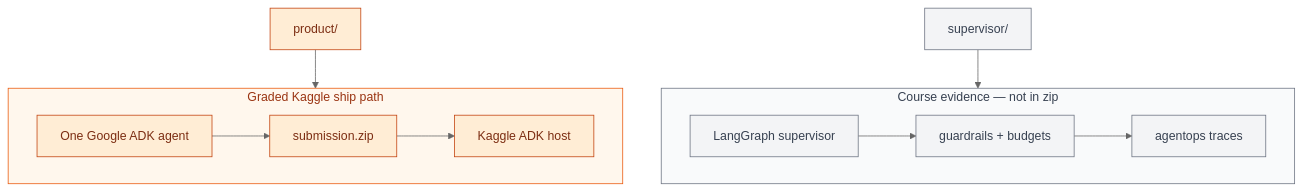
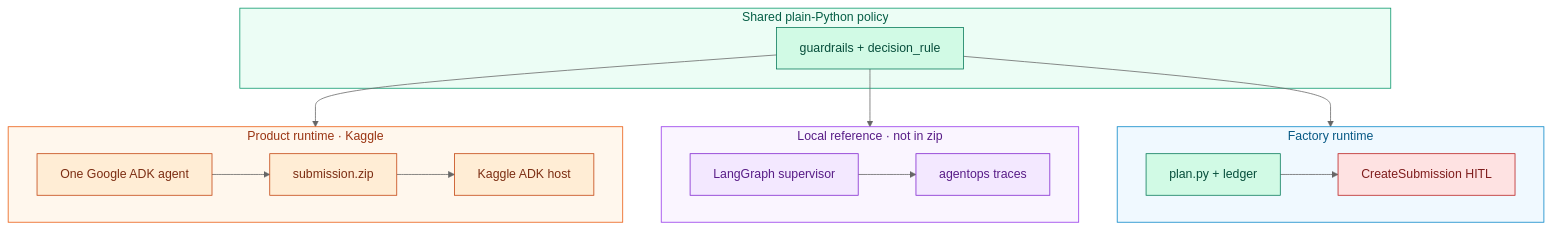
The first of 2 diagrams in docs/wiki/Requirements-Compliance.md (khaosans/noisegate-gemma4-factory), drawn with Mermaid (neutral theme) before and after one commit. The commit also changed other lines of this file and 5 other files, not shown here.

First line of the commit message:
docs: Policy vs Agent Runtimes trade-offs with Mermaid (#21)

````diff
--- a/docs/wiki/Requirements-Compliance.md
+++ b/docs/wiki/Requirements-Compliance.md
@@ -41,24 +43,39 @@
 ```mermaid
 flowchart TB
-  subgraph Ship["Graded Kaggle ship path"]
+  subgraph Policy["Shared plain-Python policy"]
+    GR[guardrails + decision_rule]
+  end
+
+  subgraph Ship["Product runtime · Kaggle"]
     ADK[One Google ADK agent] --> Zip[submission.zip]
     Zip --> Host[Kaggle ADK host]
   end
 
-  subgraph Course["Course evidence — not in zip"]
+  subgraph Course["Local reference · not in zip"]
     LG[LangGraph supervisor]
-    GR[guardrails + budgets]
     AO[agentops traces]
-    LG --> GR --> AO
+    LG --> AO
   end
 
-  ProductCfg[product/] --> Ship
-  Supervisor[supervisor/] --> Course
+  subgraph Factory["Factory runtime"]
+    Plan[plan.py + ledger] --> Hitl[CreateSubmission HITL]
+  end
+
+  GR --> Ship
+  GR --> Course
+  GR --> Factory
 
   classDef product fill:#FFEDD5,stroke:#C2410C,color:#7C2D12
-  classDef course fill:#F3F4F6,stroke:#6B7280,color:#374151
-  class ADK,Zip,Host,ProductCfg product
-  class LG,GR,AO,Supervisor course
+  classDef course fill:#F3E8FF,stroke:#7E22CE,color:#581C87
+  classDef factory fill:#D1FAE5,stroke:#047857,color:#064E3B
+  classDef ops fill:#E0F2FE,stroke:#0369A1,color:#0C4A6E
+  classDef hitl fill:#FEE2E2,stroke:#B91C1C,color:#7F1D1D
+  class ADK,Zip,Host product
+  class LG,AO course
+  class GR,Plan factory
+  class Hitl hitl
+  style Policy fill:#ECFDF5,stroke:#059669,color:#065F46
   style Ship fill:#FFF7ED,stroke:#EA580C,color:#9A3412
-  style Course fill:#F9FAFB,stroke:#6B7280,color:#374151
+  style Course fill:#FAF5FF,stroke:#9333EA,color:#581C87
+  style Factory fill:#F0F9FF,stroke:#0284C7,color:#075985
 ```
````
